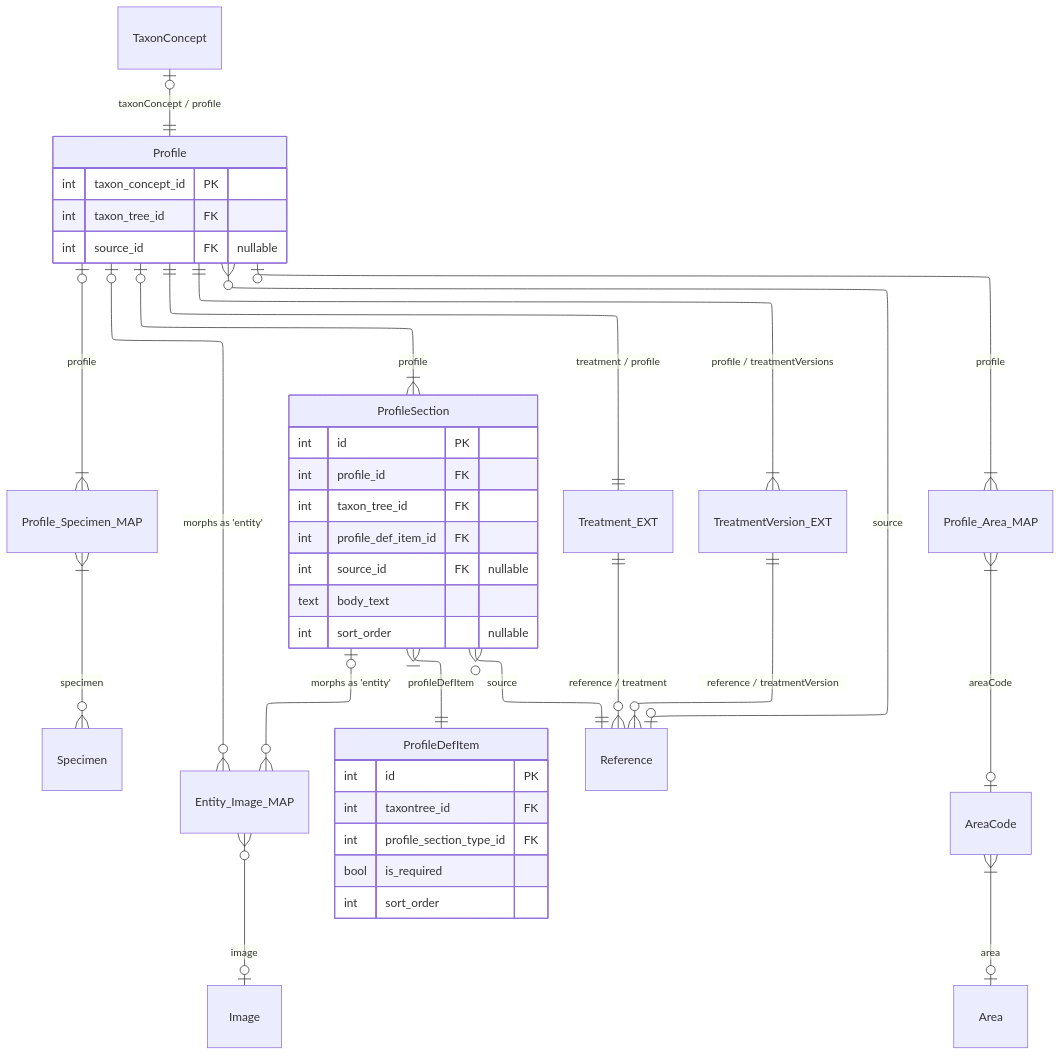
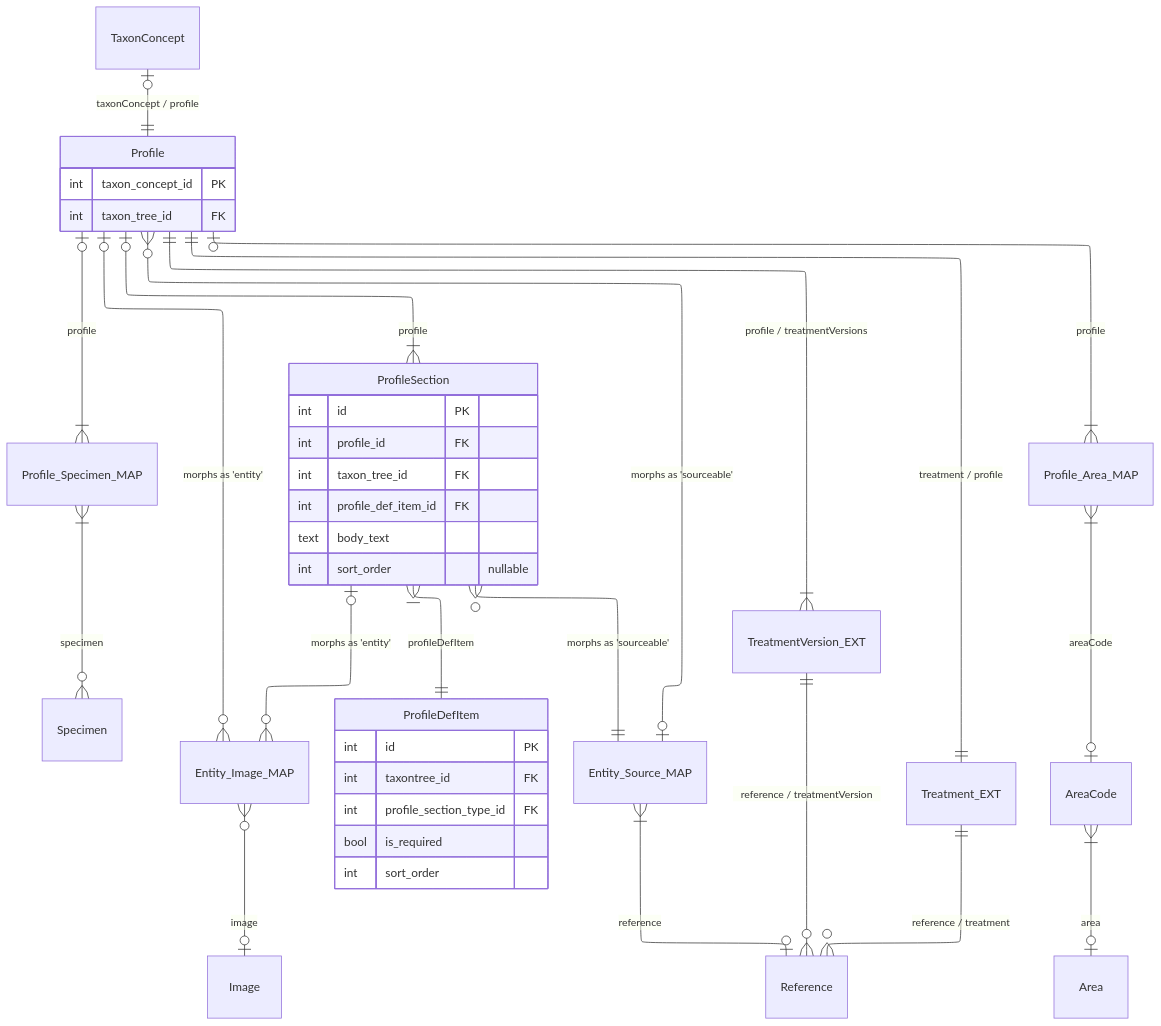
One commit to vicflora/vicflora-data-model-2026 changed the seventh of 18 diagrams in docs/layers.md. Above: the diagram before and after it, drawn with Mermaid. The commit also changed other lines of this file, not shown here.

````diff
--- a/docs/layers.md
+++ b/docs/layers.md
@@ -508,59 +511,58 @@
 ```mermaid
 ---
 config:
     layout: elk
 ---
 erDiagram
     TaxonConcept |o--|| Profile : "taxonConcept / profile"
 
     %% Vouchers
     Profile |o--|{ Profile_Specimen_MAP : "profile"
     Profile_Specimen_MAP }|--o{ Specimen : "specimen"
 
     %% Media
     Profile |o--o{ Entity_Image_MAP : "morphs as 'entity'"
     ProfileSection |o--o{ Entity_Image_MAP : "morphs as 'entity'"
     Entity_Image_MAP }o--o| Image : "image"
 
     %% Sections
     Profile |o--|{ ProfileSection : "profile"
     ProfileSection }|--|| ProfileDefItem : "profileDefItem"
 
     %% References
-    Profile }o--o| Reference : "source"
-    ProfileSection }o--|| Reference : "source"
+    Profile }o--o| Entity_Source_MAP : "morphs as 'sourceable'"
+    ProfileSection }o--|| Entity_Source_MAP : "morphs as 'sourceable'"
+    Entity_Source_MAP }|--o| Reference : "reference"
     Profile ||--|| Treatment_EXT : "treatment / profile"
     Treatment_EXT ||--o{ Reference : "reference / treatment" 
     Profile ||--|{ TreatmentVersion_EXT : "profile / treatmentVersions"
     TreatmentVersion_EXT ||--o{ Reference : "reference / treatmentVersion"
 
     %% Distribution
     Profile |o--|{ Profile_Area_MAP : "profile"
     Profile_Area_MAP }|--o| AreaCode : "areaCode"
     AreaCode }|--o| Area : "area"
 
     Profile {
         int taxon_concept_id PK
         int taxon_tree_id FK
-        int source_id FK "nullable"
     }
 
     ProfileDefItem {
         int id PK
         int taxontree_id FK
         int profile_section_type_id FK
         bool is_required
         int sort_order
 
     }
 
     ProfileSection {
         int id PK
         int profile_id FK
         int taxon_tree_id FK
         int profile_def_item_id FK
-        int source_id FK "nullable"
         text body_text
         int sort_order "nullable"
     }
 ```
````
